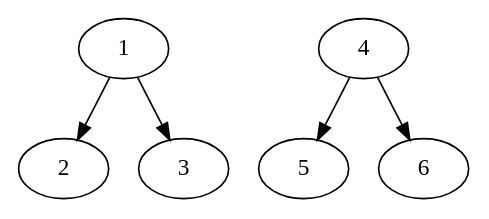
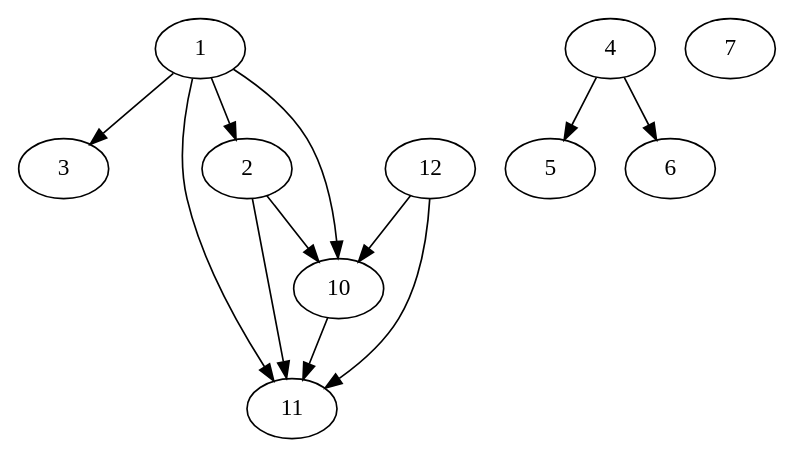
Before and after one commit to corradomio/java_projects: the diagram in check_jgrapht_spl/notransitive.dot, drawn with Graphviz. The commit also changed 10 other files, not shown here.

```diff
--- a/check_jgrapht_spl/notransitive.dot
+++ b/check_jgrapht_spl/notransitive.dot
@@ -1,12 +1,23 @@
 strict digraph G {
   1 [ label="1" ];
   2 [ label="2" ];
   3 [ label="3" ];
   4 [ label="4" ];
   5 [ label="5" ];
   6 [ label="6" ];
-  1 -> 2;
-  1 -> 3;
+  7 [ label="7" ];
+  8 [ label="10" ];
+  9 [ label="11" ];
+  10 [ label="12" ];
+  8 -> 9;
+  10 -> 9;
+  10 -> 8;
+  2 -> 9;
+  2 -> 8;
   4 -> 6;
   4 -> 5;
+  1 -> 3;
+  1 -> 9;
+  1 -> 8;
+  1 -> 2;
 }
```
